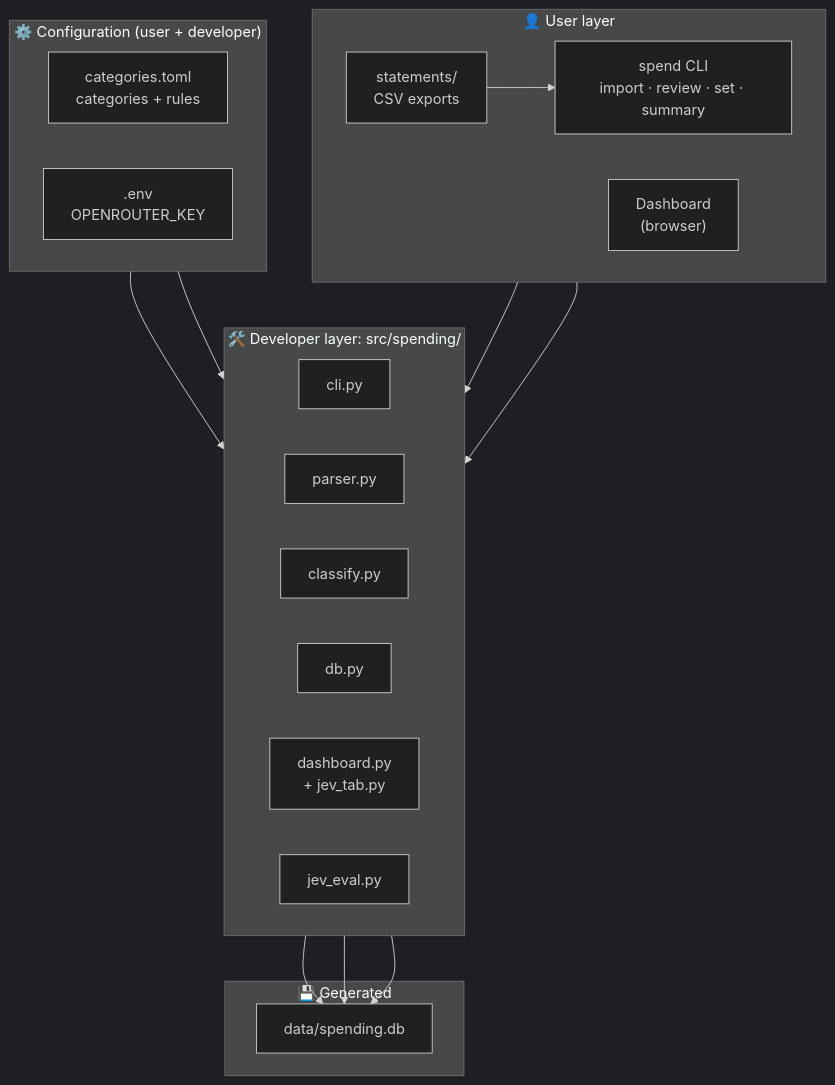
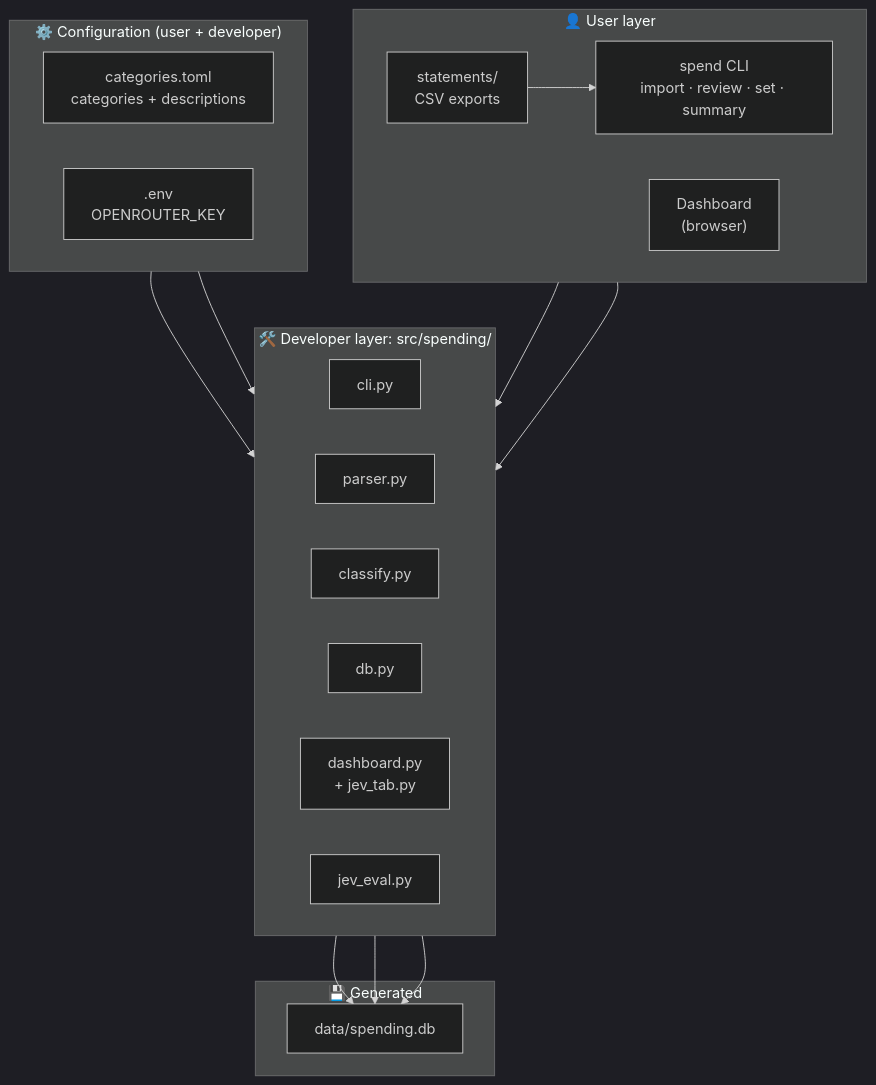
Before and after one commit to alessandrofelici/spending-tracker: the first of 6 diagrams in STRUCTURE.md, drawn with Mermaid (dark theme). The commit also changed other lines of this file and 9 other files, not shown here.

````diff
--- a/STRUCTURE.md
+++ b/STRUCTURE.md
@@ -61,38 +61,38 @@
 ```mermaid
 flowchart TB
     subgraph USER["👤 User layer"]
         direction LR
         U1["statements/<br/>CSV exports"]
         U2["spend CLI<br/>import · review · set · summary"]
         U3["Dashboard<br/>(browser)"]
     end
 
     subgraph SHARED["⚙️ Configuration (user + developer)"]
         direction LR
-        C1["categories.toml<br/>categories + rules"]
+        C1["categories.toml<br/>categories + descriptions"]
         C2[".env<br/>OPENROUTER_KEY"]
     end
 
     subgraph DEV["🛠️ Developer layer: src/spending/"]
         direction LR
         D1["cli.py"]
         D2["parser.py"]
         D3["classify.py"]
         D4["db.py"]
         D5["dashboard.py<br/>+ jev_tab.py"]
         D6["jev_eval.py"]
     end
 
     subgraph STORE["💾 Generated"]
         S1["data/spending.db"]
     end
 
     U1 --> U2
     U2 --> D1
     U3 --> D5
     C1 --> D3
     C2 --> D3
     D4 --> S1
     D5 --> S1
     D6 --> S1
 ```
````
